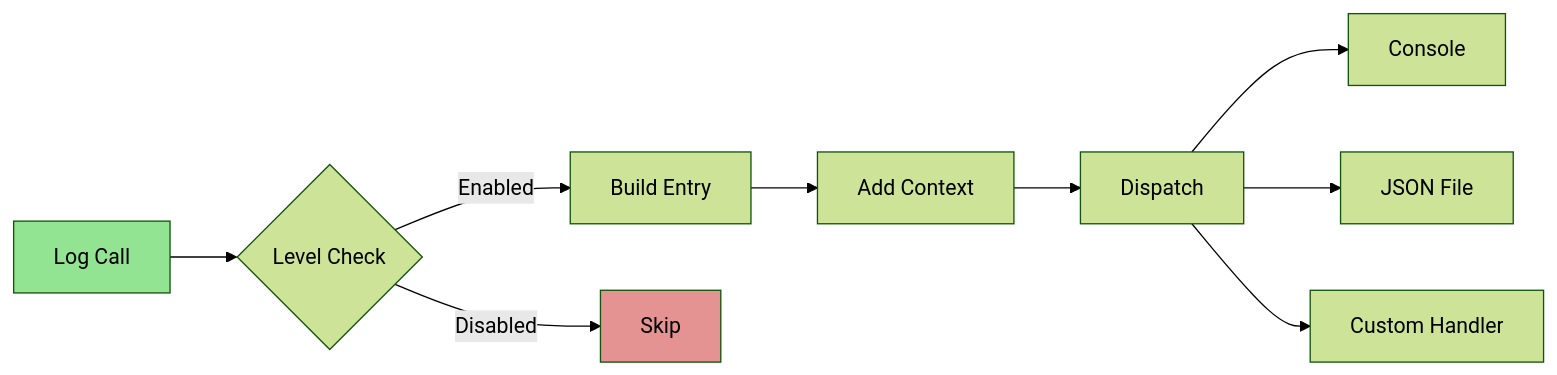
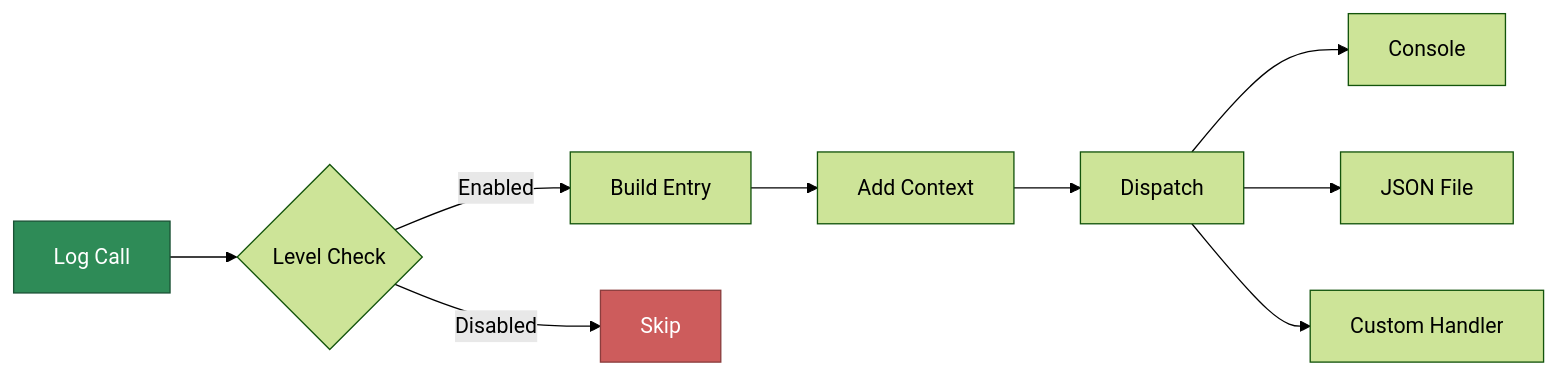
One commit to gabrielmaialva33/viva_telemetry changed the second of 5 diagrams in README.md. Above: the diagram before and after it, drawn with Mermaid (forest theme). The commit also changed other lines of this file, not shown here.

First line of the commit message:
style: WCAG accessible colors in Mermaid diagrams

````diff
--- a/README.md
+++ b/README.md
@@ -98,14 +98,14 @@
 ```mermaid
 flowchart LR
     A[Log Call] --> B{Level Check}
     B -->|Enabled| C[Build Entry]
     B -->|Disabled| X[Skip]
     C --> D[Add Context]
     D --> E[Dispatch]
     E --> F[Console]
     E --> G[JSON File]
     E --> H[Custom Handler]
 
-    style A fill:#92e492
-    style X fill:#e49292
+    style A fill:#2E8B57,stroke:#1a5235,color:#fff
+    style X fill:#CD5C5C,stroke:#8b3d3d,color:#fff
 ```
````
